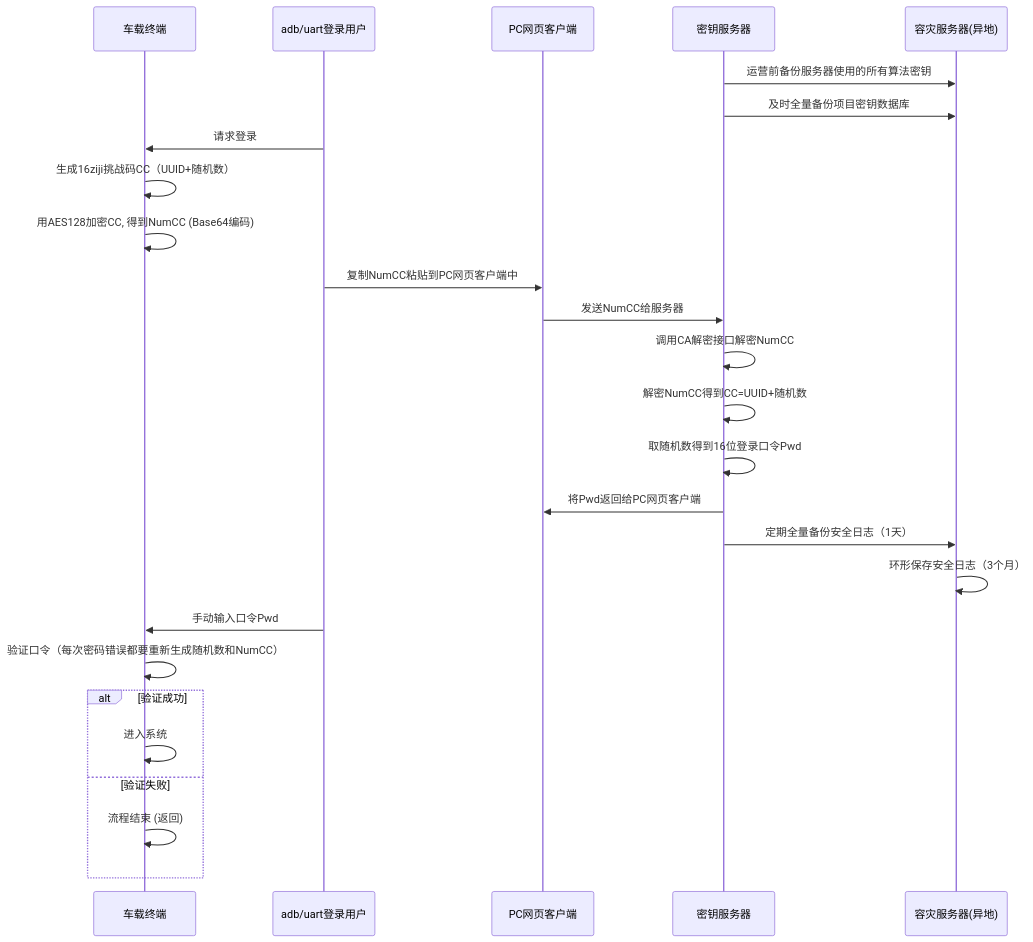
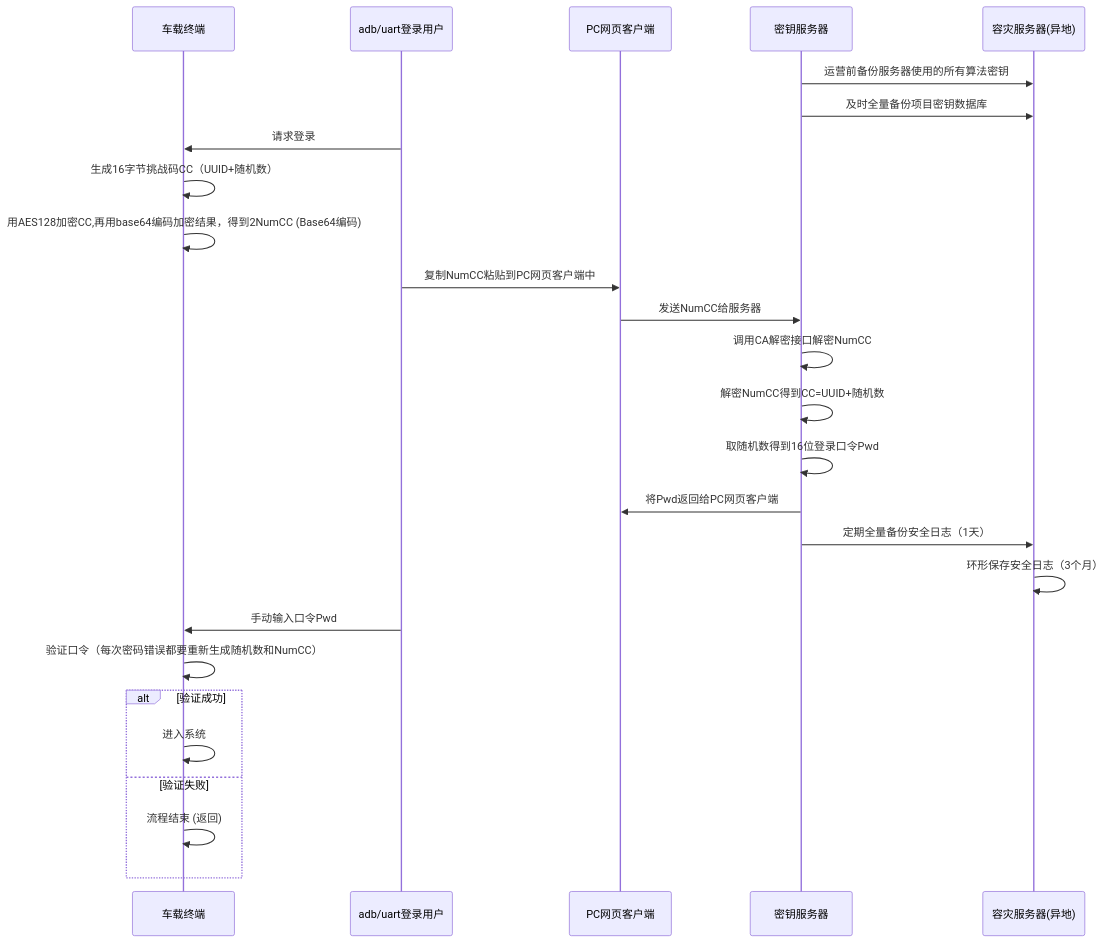
Before and after one commit to facebook-cloud/iodraw-files: the diagram in all/未命名-19.md, drawn with Mermaid.

Commit message:
2026-03-19 16:42:32 update

````diff
--- a/all/未命名-19.md
+++ b/all/未命名-19.md
@@ -1,33 +1,33 @@
 ```mermaid
 sequenceDiagram
     participant tbox as 车载终端
     participant user as adb/uart登录用户
     participant pc as PC网页客户端
     participant tech_center as 密钥服务器
     participant backup as 容灾服务器(异地)
   
     tech_center->>backup: 运营前备份服务器使用的所有算法密钥
     tech_center->>backup: 及时全量备份项目密钥数据库
 
     user->>tbox: 请求登录
-    tbox->>tbox: 生成16ziji挑战码CC（UUID+随机数）
-    tbox->>tbox: 用AES128加密CC, 得到NumCC (Base64编码)
+    tbox->>tbox: 生成16字节挑战码CC（UUID+随机数）
+    tbox->>tbox: 用AES128加密CC,再用base64编码加密结果，得到2NumCC (Base64编码)
     user->>pc: 复制NumCC粘贴到PC网页客户端中
     pc->>tech_center: 发送NumCC给服务器
     tech_center->>tech_center: 调用CA解密接口解密NumCC
     tech_center->>tech_center: 解密NumCC得到CC=UUID+随机数
     tech_center->>tech_center: 取随机数得到16位登录口令Pwd
     tech_center->>pc: 将Pwd返回给PC网页客户端
 
     tech_center->>backup: 定期全量备份安全日志（1天）
     backup->>backup: 环形保存安全日志（3个月）
     user->>tbox: 手动输入口令Pwd
     tbox->>tbox: 验证口令（每次密码错误都要重新生成随机数和NumCC）
     alt 验证成功
         tbox->>tbox: 进入系统
     else 验证失败
         tbox->>tbox: 流程结束 (返回)
     end
 
 
 ```
````
